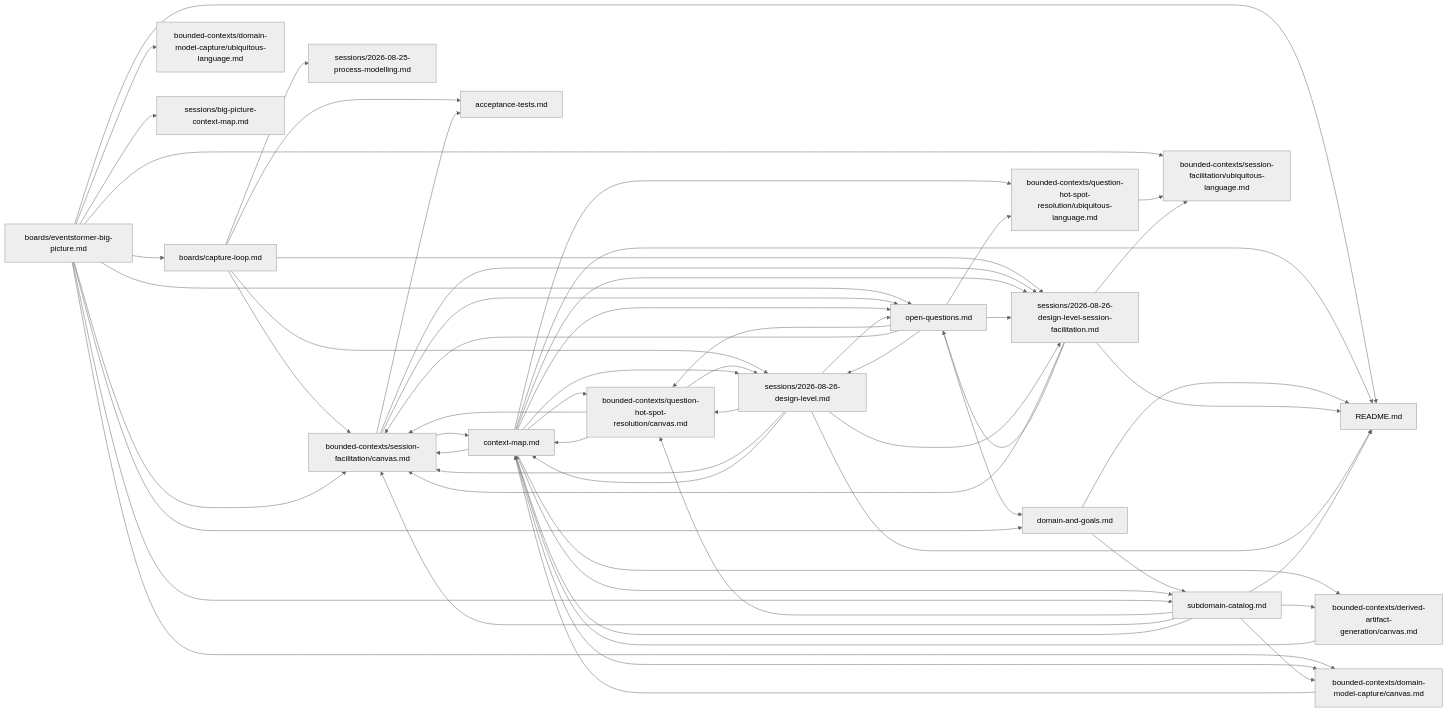
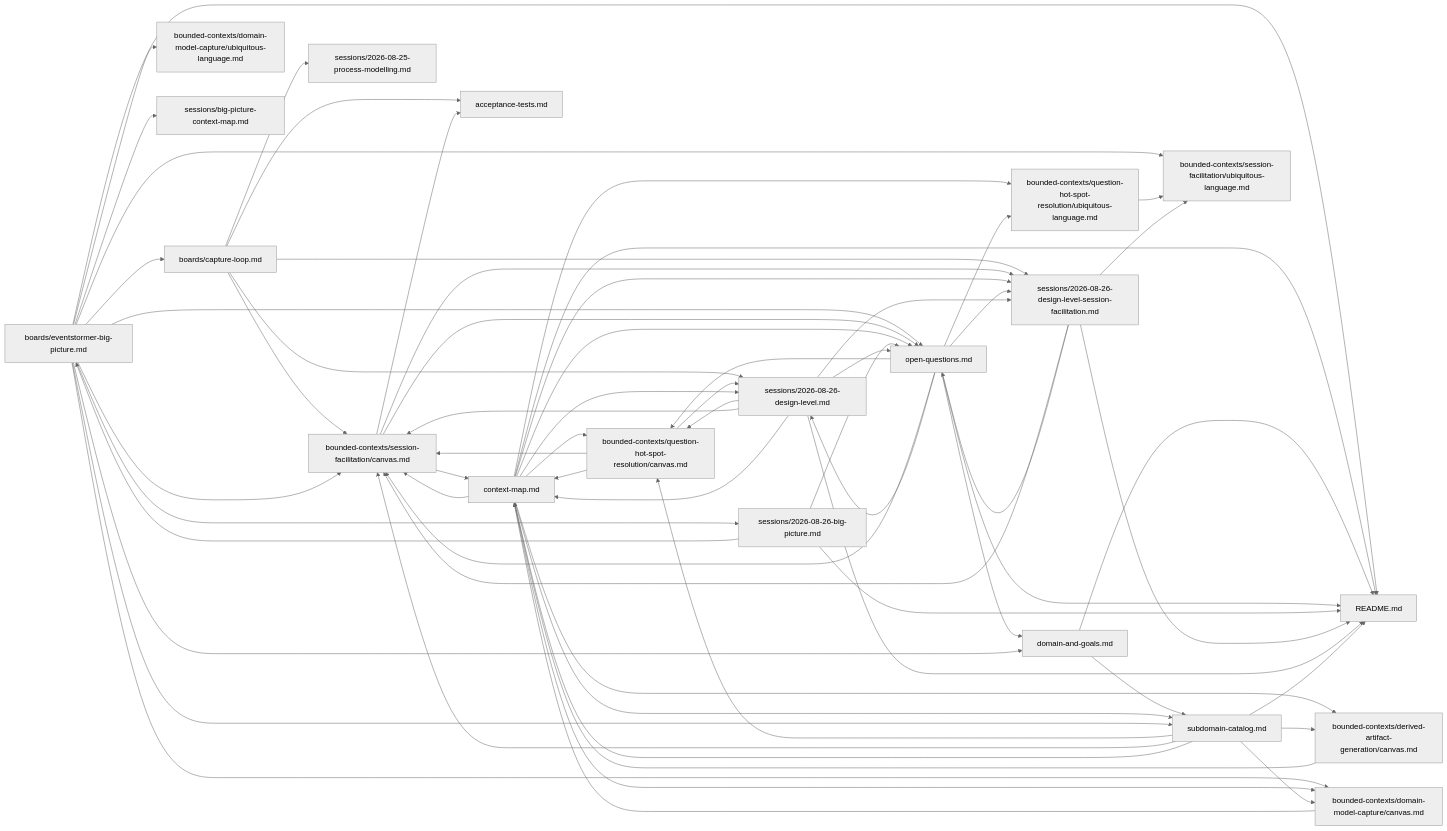
One commit to vinialbano/eventstormer changed the diagram in docs/domain/README.md. Above: the diagram before and after it, drawn with Mermaid (neutral theme). The commit also changed other lines of this file and 3 other files, not shown here.

First line of the commit message:
docs: resume Big Picture EventStorming to split Workshop/Session Started

````diff
--- a/docs/domain/README.md
+++ b/docs/domain/README.md
@@ -182,62 +199,67 @@
 ```mermaid
 graph LR
   boards_eventstormer_big_picture_md["boards/eventstormer-big-picture.md"] --> README_md["README.md"]
   context_map_md["context-map.md"] --> README_md["README.md"]
   domain_and_goals_md["domain-and-goals.md"] --> README_md["README.md"]
+  open_questions_md["open-questions.md"] --> README_md["README.md"]
+  sessions_2026_08_26_big_picture_md["sessions/2026-08-26-big-picture.md"] --> README_md["README.md"]
   sessions_2026_08_26_design_level_session_facilitation_md["sessions/2026-08-26-design-level-session-facilitation.md"] --> README_md["README.md"]
   sessions_2026_08_26_design_level_md["sessions/2026-08-26-design-level.md"] --> README_md["README.md"]
   subdomain_catalog_md["subdomain-catalog.md"] --> README_md["README.md"]
   boards_capture_loop_md["boards/capture-loop.md"] --> acceptance_tests_md["acceptance-tests.md"]
   bounded_contexts_session_facilitation_canvas_md["bounded-contexts/session-facilitation/canvas.md"] --> acceptance_tests_md["acceptance-tests.md"]
   boards_eventstormer_big_picture_md["boards/eventstormer-big-picture.md"] --> boards_capture_loop_md["boards/capture-loop.md"]
+  sessions_2026_08_26_big_picture_md["sessions/2026-08-26-big-picture.md"] --> boards_eventstormer_big_picture_md["boards/eventstormer-big-picture.md"]
   context_map_md["context-map.md"] --> bounded_contexts_derived_artifact_generation_canvas_md["bounded-contexts/derived-artifact-generation/canvas.md"]
   subdomain_catalog_md["subdomain-catalog.md"] --> bounded_contexts_derived_artifact_generation_canvas_md["bounded-contexts/derived-artifact-generation/canvas.md"]
   boards_eventstormer_big_picture_md["boards/eventstormer-big-picture.md"] --> bounded_contexts_domain_model_capture_canvas_md["bounded-contexts/domain-model-capture/canvas.md"]
   context_map_md["context-map.md"] --> bounded_contexts_domain_model_capture_canvas_md["bounded-contexts/domain-model-capture/canvas.md"]
   subdomain_catalog_md["subdomain-catalog.md"] --> bounded_contexts_domain_model_capture_canvas_md["bounded-contexts/domain-model-capture/canvas.md"]
   boards_eventstormer_big_picture_md["boards/eventstormer-big-picture.md"] --> bounded_contexts_domain_model_capture_ubiquitous_language_md["bounded-contexts/domain-model-capture/ubiquitous-language.md"]
   context_map_md["context-map.md"] --> bounded_contexts_question_hot_spot_resolution_canvas_md["bounded-contexts/question-hot-spot-resolution/canvas.md"]
   open_questions_md["open-questions.md"] --> bounded_contexts_question_hot_spot_resolution_canvas_md["bounded-contexts/question-hot-spot-resolution/canvas.md"]
   sessions_2026_08_26_design_level_md["sessions/2026-08-26-design-level.md"] --> bounded_contexts_question_hot_spot_resolution_canvas_md["bounded-contexts/question-hot-spot-resolution/canvas.md"]
   subdomain_catalog_md["subdomain-catalog.md"] --> bounded_contexts_question_hot_spot_resolution_canvas_md["bounded-contexts/question-hot-spot-resolution/canvas.md"]
   context_map_md["context-map.md"] --> bounded_contexts_question_hot_spot_resolution_ubiquitous_language_md["bounded-contexts/question-hot-spot-resolution/ubiquitous-language.md"]
   open_questions_md["open-questions.md"] --> bounded_contexts_question_hot_spot_resolution_ubiquitous_language_md["bounded-contexts/question-hot-spot-resolution/ubiquitous-language.md"]
   boards_capture_loop_md["boards/capture-loop.md"] --> bounded_contexts_session_facilitation_canvas_md["bounded-contexts/session-facilitation/canvas.md"]
   boards_eventstormer_big_picture_md["boards/eventstormer-big-picture.md"] --> bounded_contexts_session_facilitation_canvas_md["bounded-contexts/session-facilitation/canvas.md"]
   bounded_contexts_question_hot_spot_resolution_canvas_md["bounded-contexts/question-hot-spot-resolution/canvas.md"] --> bounded_contexts_session_facilitation_canvas_md["bounded-contexts/session-facilitation/canvas.md"]
   context_map_md["context-map.md"] --> bounded_contexts_session_facilitation_canvas_md["bounded-contexts/session-facilitation/canvas.md"]
   open_questions_md["open-questions.md"] --> bounded_contexts_session_facilitation_canvas_md["bounded-contexts/session-facilitation/canvas.md"]
   sessions_2026_08_26_design_level_session_facilitation_md["sessions/2026-08-26-design-level-session-facilitation.md"] --> bounded_contexts_session_facilitation_canvas_md["bounded-contexts/session-facilitation/canvas.md"]
   sessions_2026_08_26_design_level_md["sessions/2026-08-26-design-level.md"] --> bounded_contexts_session_facilitation_canvas_md["bounded-contexts/session-facilitation/canvas.md"]
   subdomain_catalog_md["subdomain-catalog.md"] --> bounded_contexts_session_facilitation_canvas_md["bounded-contexts/session-facilitation/canvas.md"]
   boards_eventstormer_big_picture_md["boards/eventstormer-big-picture.md"] --> bounded_contexts_session_facilitation_ubiquitous_language_md["bounded-contexts/session-facilitation/ubiquitous-language.md"]
   bounded_contexts_question_hot_spot_resolution_ubiquitous_language_md["bounded-contexts/question-hot-spot-resolution/ubiquitous-language.md"] --> bounded_contexts_session_facilitation_ubiquitous_language_md["bounded-contexts/session-facilitation/ubiquitous-language.md"]
   sessions_2026_08_26_design_level_session_facilitation_md["sessions/2026-08-26-design-level-session-facilitation.md"] --> bounded_contexts_session_facilitation_ubiquitous_language_md["bounded-contexts/session-facilitation/ubiquitous-language.md"]
   bounded_contexts_derived_artifact_generation_canvas_md["bounded-contexts/derived-artifact-generation/canvas.md"] --> context_map_md["context-map.md"]
   bounded_contexts_domain_model_capture_canvas_md["bounded-contexts/domain-model-capture/canvas.md"] --> context_map_md["context-map.md"]
   bounded_contexts_question_hot_spot_resolution_canvas_md["bounded-contexts/question-hot-spot-resolution/canvas.md"] --> context_map_md["context-map.md"]
   bounded_contexts_session_facilitation_canvas_md["bounded-contexts/session-facilitation/canvas.md"] --> context_map_md["context-map.md"]
   sessions_2026_08_26_design_level_md["sessions/2026-08-26-design-level.md"] --> context_map_md["context-map.md"]
   subdomain_catalog_md["subdomain-catalog.md"] --> context_map_md["context-map.md"]
   open_questions_md["open-questions.md"] --> domain_and_goals_md["domain-and-goals.md"]
   boards_eventstormer_big_picture_md["boards/eventstormer-big-picture.md"] --> domain_and_goals_md["domain-and-goals.md"]
   boards_eventstormer_big_picture_md["boards/eventstormer-big-picture.md"] --> open_questions_md["open-questions.md"]
   bounded_contexts_session_facilitation_canvas_md["bounded-contexts/session-facilitation/canvas.md"] --> open_questions_md["open-questions.md"]
   context_map_md["context-map.md"] --> open_questions_md["open-questions.md"]
+  sessions_2026_08_26_big_picture_md["sessions/2026-08-26-big-picture.md"] --> open_questions_md["open-questions.md"]
   sessions_2026_08_26_design_level_session_facilitation_md["sessions/2026-08-26-design-level-session-facilitation.md"] --> open_questions_md["open-questions.md"]
   sessions_2026_08_26_design_level_md["sessions/2026-08-26-design-level.md"] --> open_questions_md["open-questions.md"]
   boards_capture_loop_md["boards/capture-loop.md"] --> sessions_2026_08_25_process_modelling_md["sessions/2026-08-25-process-modelling.md"]
+  boards_eventstormer_big_picture_md["boards/eventstormer-big-picture.md"] --> sessions_2026_08_26_big_picture_md["sessions/2026-08-26-big-picture.md"]
   boards_capture_loop_md["boards/capture-loop.md"] --> sessions_2026_08_26_design_level_session_facilitation_md["sessions/2026-08-26-design-level-session-facilitation.md"]
   bounded_contexts_session_facilitation_canvas_md["bounded-contexts/session-facilitation/canvas.md"] --> sessions_2026_08_26_design_level_session_facilitation_md["sessions/2026-08-26-design-level-session-facilitation.md"]
   context_map_md["context-map.md"] --> sessions_2026_08_26_design_level_session_facilitation_md["sessions/2026-08-26-design-level-session-facilitation.md"]
   open_questions_md["open-questions.md"] --> sessions_2026_08_26_design_level_session_facilitation_md["sessions/2026-08-26-design-level-session-facilitation.md"]
   sessions_2026_08_26_design_level_md["sessions/2026-08-26-design-level.md"] --> sessions_2026_08_26_design_level_session_facilitation_md["sessions/2026-08-26-design-level-session-facilitation.md"]
   boards_capture_loop_md["boards/capture-loop.md"] --> sessions_2026_08_26_design_level_md["sessions/2026-08-26-design-level.md"]
   bounded_contexts_question_hot_spot_resolution_canvas_md["bounded-contexts/question-hot-spot-resolution/canvas.md"] --> sessions_2026_08_26_design_level_md["sessions/2026-08-26-design-level.md"]
   context_map_md["context-map.md"] --> sessions_2026_08_26_design_level_md["sessions/2026-08-26-design-level.md"]
   open_questions_md["open-questions.md"] --> sessions_2026_08_26_design_level_md["sessions/2026-08-26-design-level.md"]
   boards_eventstormer_big_picture_md["boards/eventstormer-big-picture.md"] --> sessions_big_picture_context_map_md["sessions/big-picture-context-map.md"]
   domain_and_goals_md["domain-and-goals.md"] --> subdomain_catalog_md["subdomain-catalog.md"]
   context_map_md["context-map.md"] --> subdomain_catalog_md["subdomain-catalog.md"]
   boards_eventstormer_big_picture_md["boards/eventstormer-big-picture.md"] --> subdomain_catalog_md["subdomain-catalog.md"]
 ```
````
